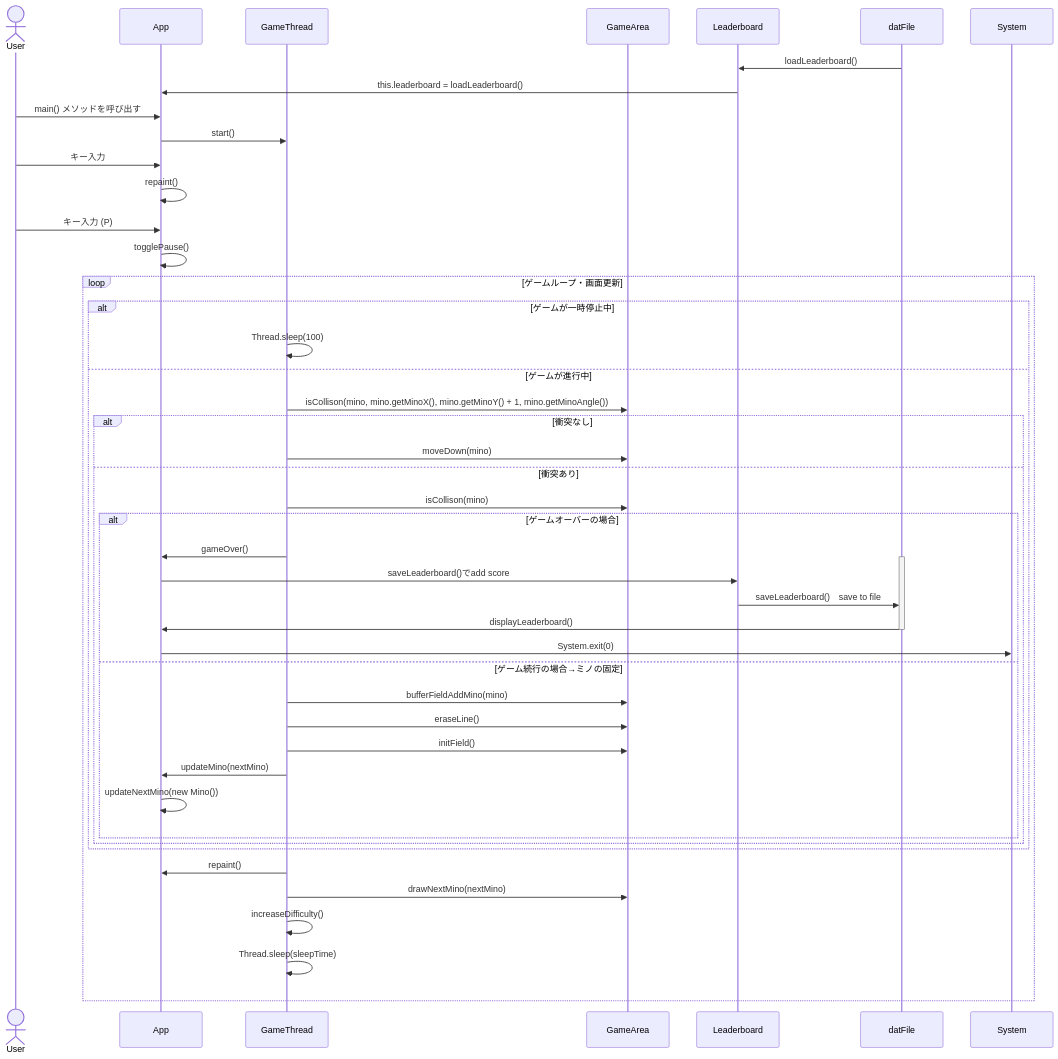
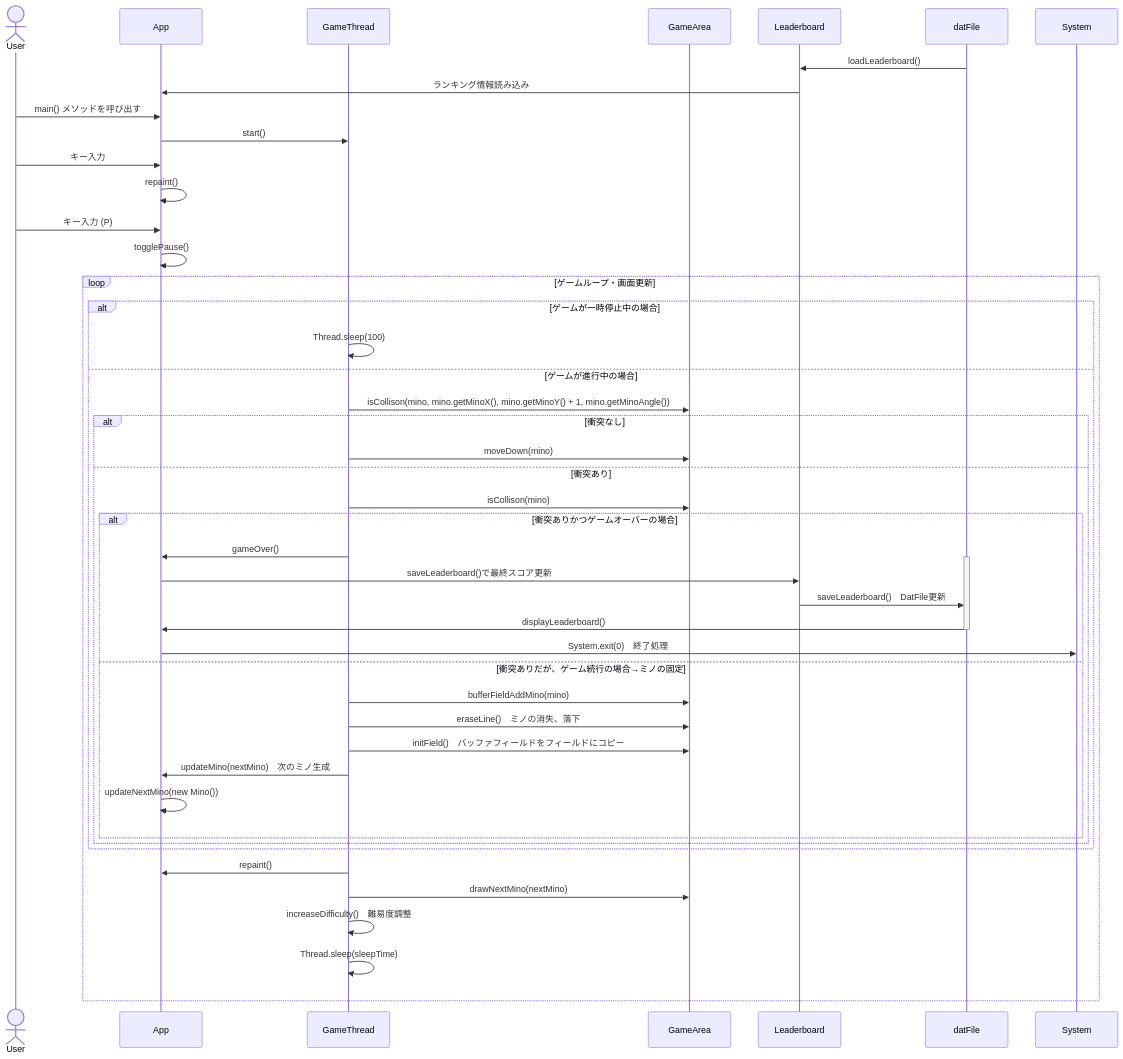
The diagram in sequenceDiagram.md (keigo66/teamB_TETRIS), drawn with Mermaid before and after one commit.

````diff
--- a/sequenceDiagram.md
+++ b/sequenceDiagram.md
@@ -1,59 +1,61 @@
 ```mermaid
 
+
 sequenceDiagram
+
     Actor User
     participant App
     participant GameThread
     participant GameArea
     participant Leaderboard
     participant datFile
 
     %% ゲーム開始
     datFile ->>Leaderboard :loadLeaderboard()
-    Leaderboard ->>App :this.leaderboard = loadLeaderboard()
+    Leaderboard ->>App :ランキング情報読み込み
     User->>App: main() メソッドを呼び出す
     App->>GameThread: start()
 
     %% ミノの操作
     User->>App: キー入力
     App->>App: repaint()
 
 
     %% 一時停止
     User->>App: キー入力 (P)
     App->>App: togglePause()
 
     %% ゲームスレッドの処理
     loop ゲームループ・画面更新
-        alt ゲームが一時停止中
+        alt ゲームが一時停止中の場合
             GameThread->>GameThread: Thread.sleep(100)
-        else ゲームが進行中
+        else ゲームが進行中の場合
             GameThread->>GameArea: isCollison(mino, mino.getMinoX(), mino.getMinoY() + 1, mino.getMinoAngle())
             alt 衝突なし
                 GameThread->>GameArea: moveDown(mino)
             else 衝突あり
                 GameThread->>GameArea: isCollison(mino)
-                alt ゲームオーバーの場合
+                alt 衝突ありかつゲームオーバーの場合
                     GameThread->>App: gameOver()
                     Activate datFile
-                    App->>Leaderboard: saveLeaderboard()でadd score　
-                    Leaderboard->>datFile :saveLeaderboard()　save to file
+                    App->>Leaderboard: saveLeaderboard()で最終スコア更新　
+                    Leaderboard->>datFile :saveLeaderboard()　DatFile更新
                     
                     datFile->>App: displayLeaderboard()
                     deactivate datFile
-                    App->>System: System.exit(0)
-                else ゲーム続行の場合→ミノの固定
+                    App->>System: System.exit(0)　終了処理
+                else 衝突ありだが、ゲーム続行の場合→ミノの固定
                     GameThread->>GameArea: bufferFieldAddMino(mino)
-                    GameThread->>GameArea: eraseLine()
-                    GameThread->>GameArea: initField()
-                    GameThread->>App: updateMino(nextMino)
+                    GameThread->>GameArea: eraseLine()　ミノの消失、落下
+                    GameThread->>GameArea: initField()　バッファフィールドをフィールドにコピー
+                    GameThread->>App: updateMino(nextMino)　次のミノ生成
                     App->>App: updateNextMino(new Mino())
                 end
             end
         end
         GameThread->>App: repaint()
-        GameThread->>GameArea: drawNextMino(nextMino)
-        GameThread->>GameThread: increaseDifficulty()
-        GameThread->>GameThread: Thread.sleep(sleepTime)
+        GameThread->>GameArea: drawNextMino(nextMino)　
+        GameThread->>GameThread: increaseDifficulty()　難易度調整
+        GameThread->>GameThread: Thread.sleep(sleepTime)　
     end
 ```
````
